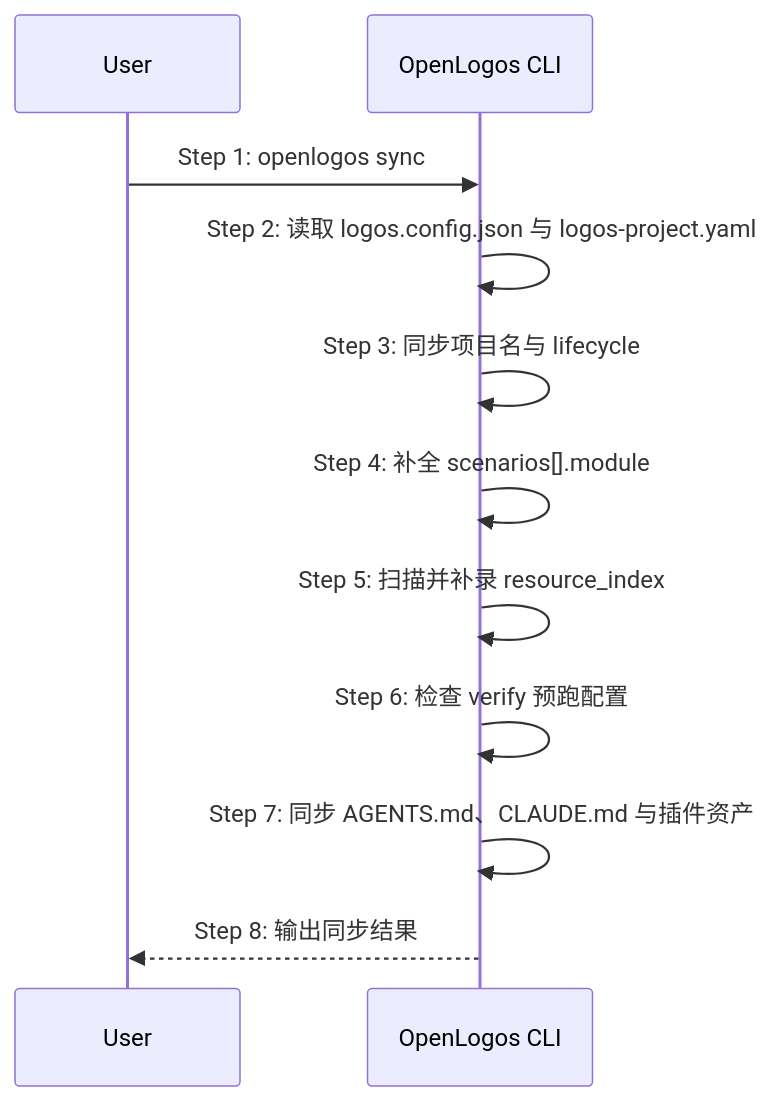
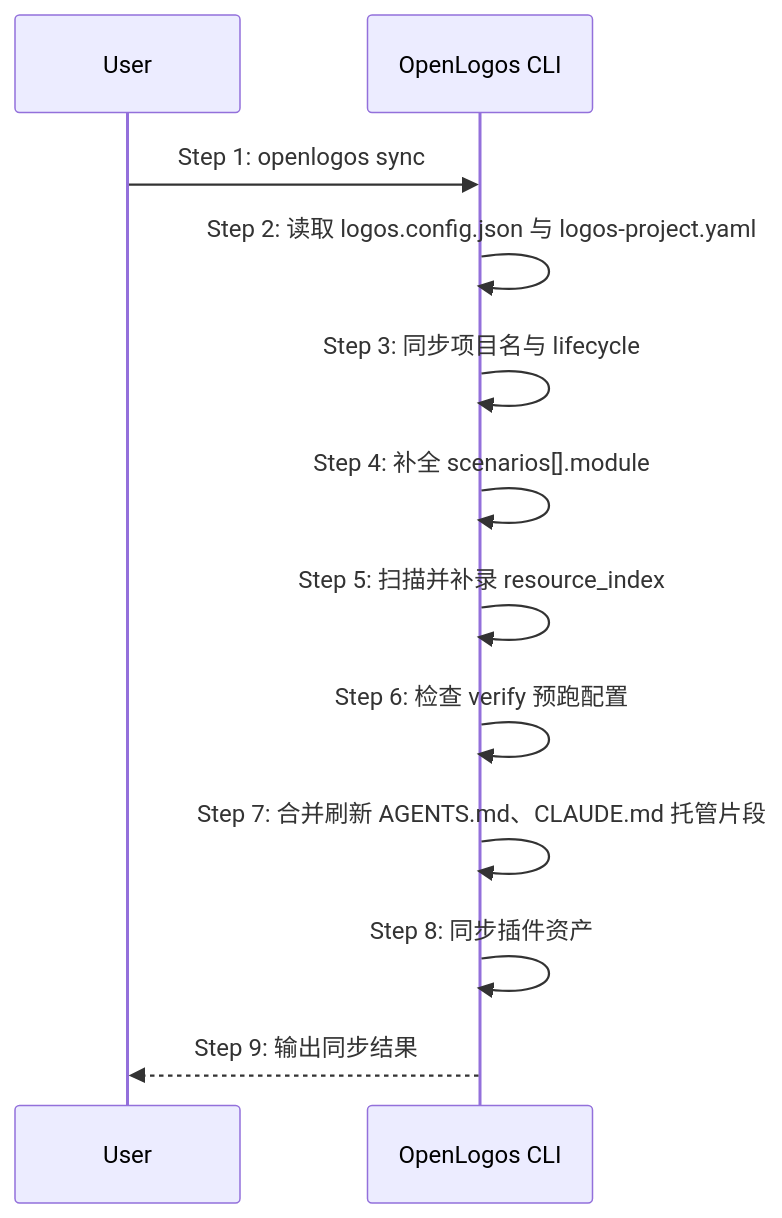
Before and after one commit to miniidealab/openlogos: the diagram in logos/resources/prd/3-technical-plan/2-scenario-implementation/core-S08-sync-ai-tools.md, drawn with Mermaid. The commit also changed other lines of this file and 12 other files, not shown here.

````diff
--- a/logos/resources/prd/3-technical-plan/2-scenario-implementation/core-S08-sync-ai-tools.md
+++ b/logos/resources/prd/3-technical-plan/2-scenario-implementation/core-S08-sync-ai-tools.md
@@ -3,14 +4,15 @@
 ```mermaid
 sequenceDiagram
     participant U as User
     participant C as OpenLogos CLI
 
     U->>C: Step 1: openlogos sync
     C->>C: Step 2: 读取 logos.config.json 与 logos-project.yaml
     C->>C: Step 3: 同步项目名与 lifecycle
     C->>C: Step 4: 补全 scenarios[].module
     C->>C: Step 5: 扫描并补录 resource_index
     C->>C: Step 6: 检查 verify 预跑配置
-    C->>C: Step 7: 同步 AGENTS.md、CLAUDE.md 与插件资产
-    C-->>U: Step 8: 输出同步结果
+    C->>C: Step 7: 合并刷新 AGENTS.md、CLAUDE.md 托管片段
+    C->>C: Step 8: 同步插件资产
+    C-->>U: Step 9: 输出同步结果
 ```
````
